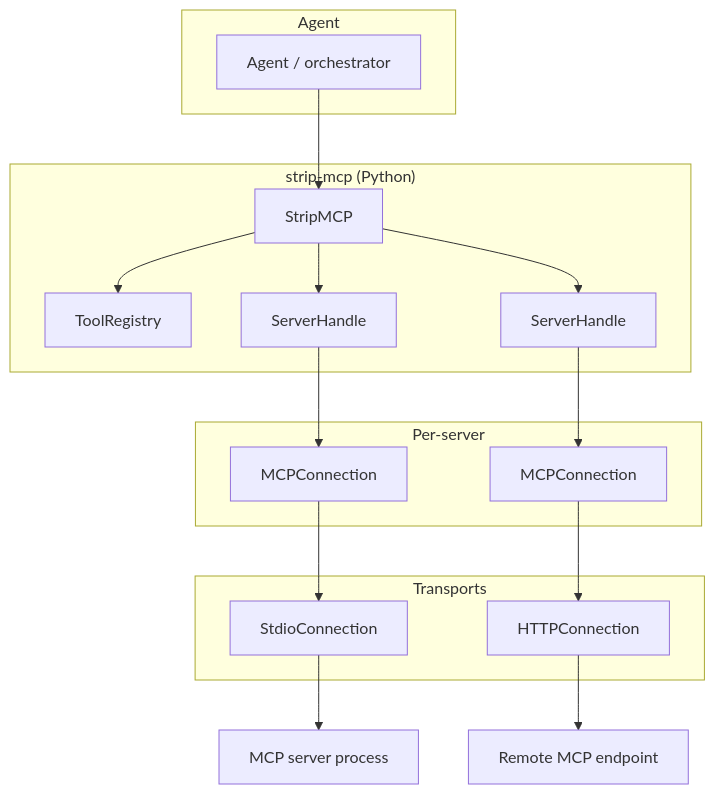
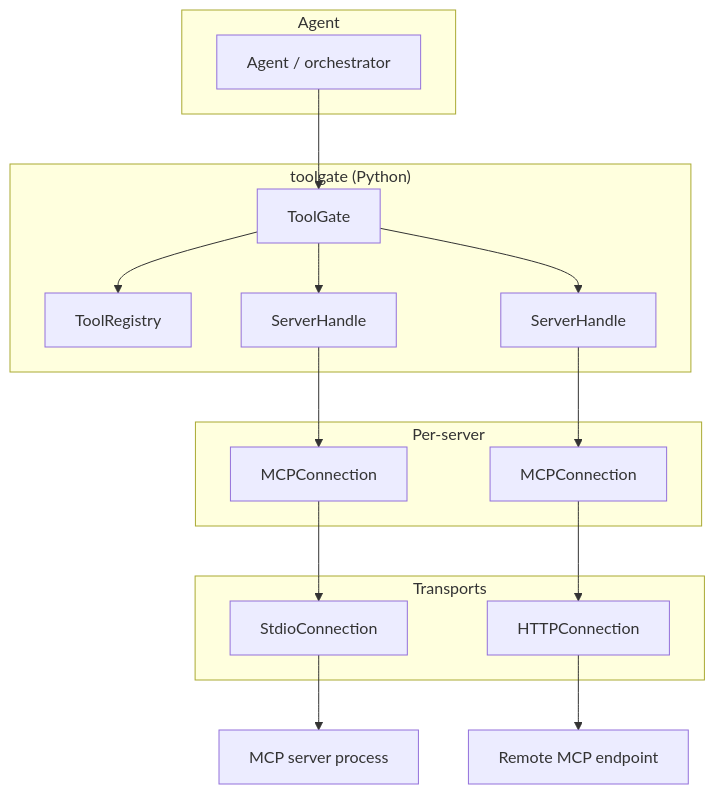
Before and after one commit to nomadbarefoot/strip-mcp: the first of 2 diagrams in docs/ARCHITECTURE.md, drawn with Mermaid. The commit also changed other lines of this file and 51 other files, not shown here.

````diff
--- a/docs/ARCHITECTURE.md
+++ b/docs/ARCHITECTURE.md
@@ -35,29 +35,29 @@
 ```mermaid
 flowchart TB
     subgraph Agent
         A[Agent / orchestrator]
     end
 
-    subgraph StripMCP["strip-mcp (Python)"]
-        SM[StripMCP]
+    subgraph ToolGate["toolgate (Python)"]
+        SM[ToolGate]
         TR[ToolRegistry]
         SM --> TR
         SM --> SH1[ServerHandle]
         SM --> SH2[ServerHandle]
     end
 
     subgraph Handles["Per-server"]
         SH1 --> C1[MCPConnection]
         SH2 --> C2[MCPConnection]
     end
 
     subgraph Transports
         C1 --> Stdio[StdioConnection]
         C2 --> HTTP[HTTPConnection]
     end
 
     Stdio --> P[MCP server process]
     HTTP --> U[Remote MCP endpoint]
 
     A --> SM
 ```
````
